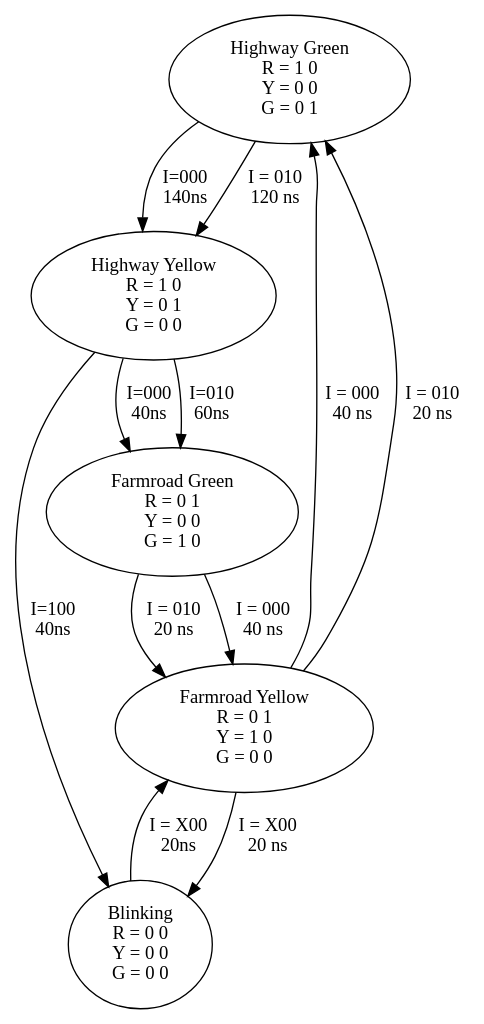
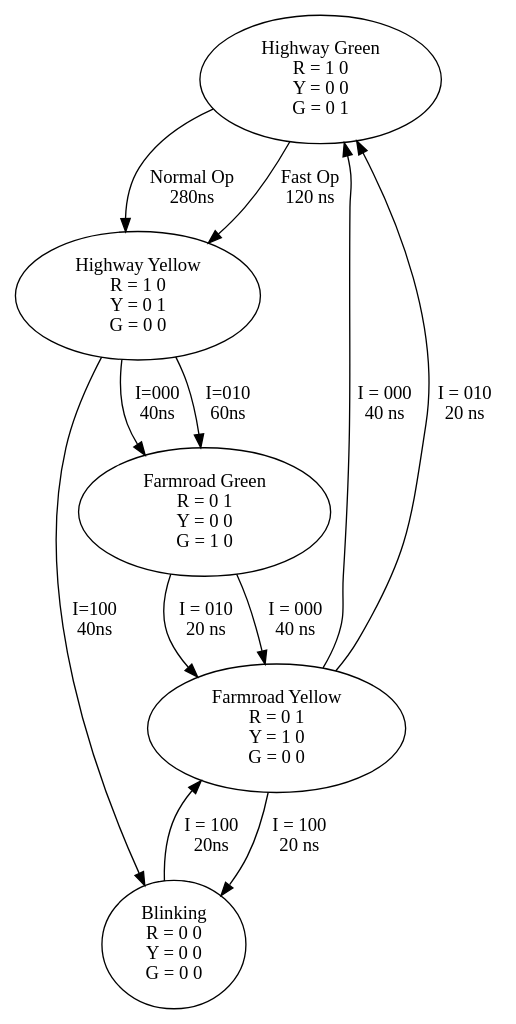
One commit to jandersson/iscas-89-s298 changed the diagram in dot/s298.gv. Above: the diagram before and after it, drawn with Graphviz. The commit also changed 5 other files, not shown here.

```diff
--- a/dot/s298.gv
+++ b/dot/s298.gv
@@ -1,18 +1,18 @@
 digraph s298 {
-	HighwayGreen -> HighwayYellow [label="I=000\n140ns"];
-	HighwayGreen -> HighwayYellow [label="I = 010\n120 ns"];
+	HighwayGreen -> HighwayYellow [label="Normal Op\n280ns"];
+	HighwayGreen -> HighwayYellow [label="Fast Op\n120 ns"];
 	HighwayYellow -> FarmroadGreen [label="I=000\n40ns"];
 	HighwayYellow -> FarmroadGreen [label="I=010\n60ns"];
 	HighwayYellow -> Blinking [label="I=100\n40ns"];
-	Blinking -> FarmroadYellow [label="I = X00\n20ns"];
-	FarmroadYellow -> Blinking [label="I = X00\n20 ns"];
+	Blinking -> FarmroadYellow [label="I = 100\n20ns"];
+	FarmroadYellow -> Blinking [label="I = 100\n20 ns"];
 	FarmroadGreen -> FarmroadYellow [label="I = 000\n40 ns"];
 	FarmroadGreen -> FarmroadYellow [label="I = 010\n20 ns"];
 	FarmroadYellow -> HighwayGreen [label="I = 000\n40 ns"];
 	FarmroadYellow -> HighwayGreen [label="I = 010\n20 ns"];
 	FarmroadYellow [label="Farmroad Yellow\nR = 0 1\nY = 1 0\nG = 0 0"];
 	FarmroadGreen [label="Farmroad Green\nR = 0 1\nY = 0 0\nG = 1 0"];
 	HighwayGreen [label="Highway Green\nR = 1 0\nY = 0 0\nG = 0 1"];
 	HighwayYellow [label="Highway Yellow\nR = 1 0\nY = 0 1\nG = 0 0"];
 	Blinking [label="Blinking\nR = 0 0\nY = 0 0\nG = 0 0"];
 }
```
